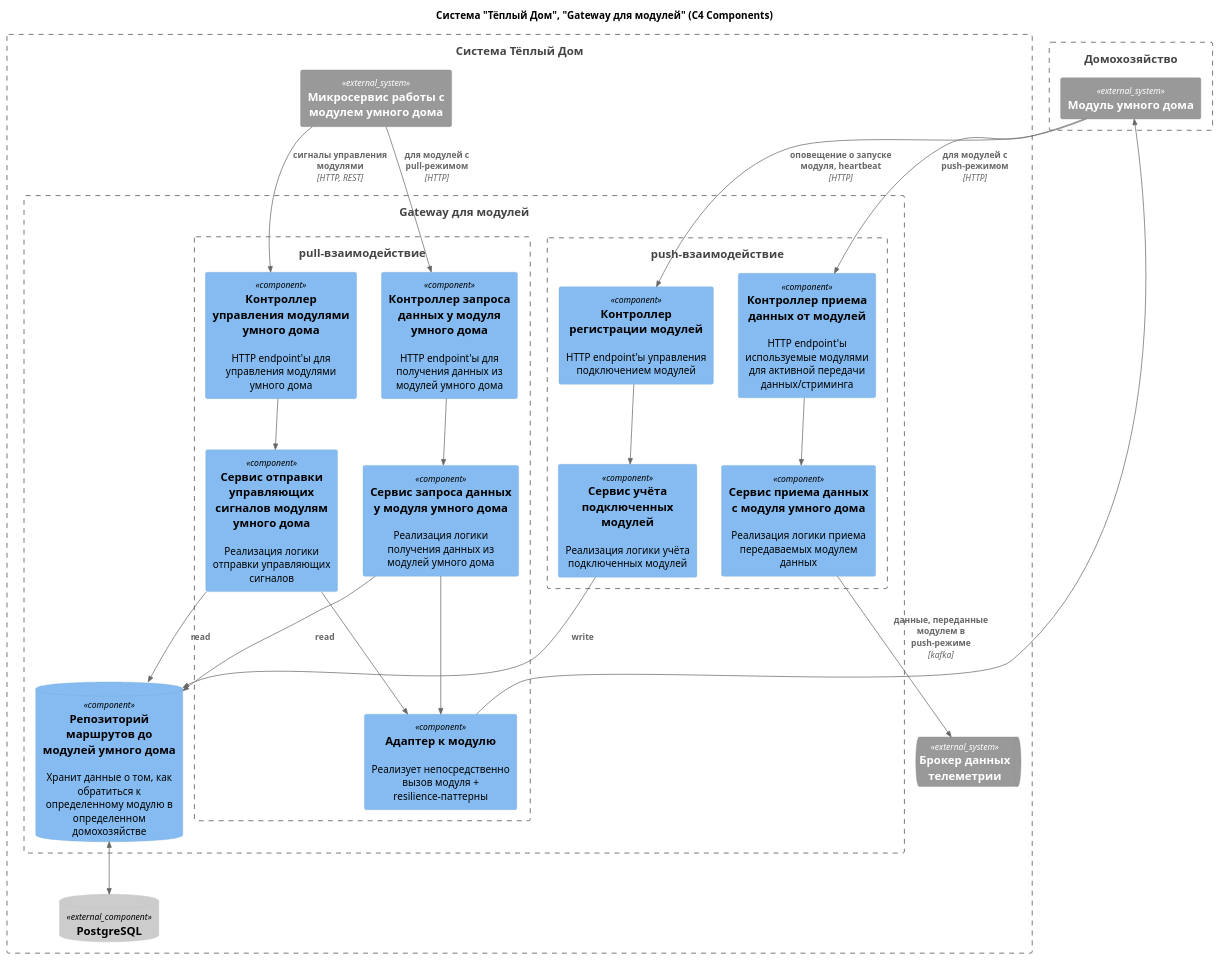
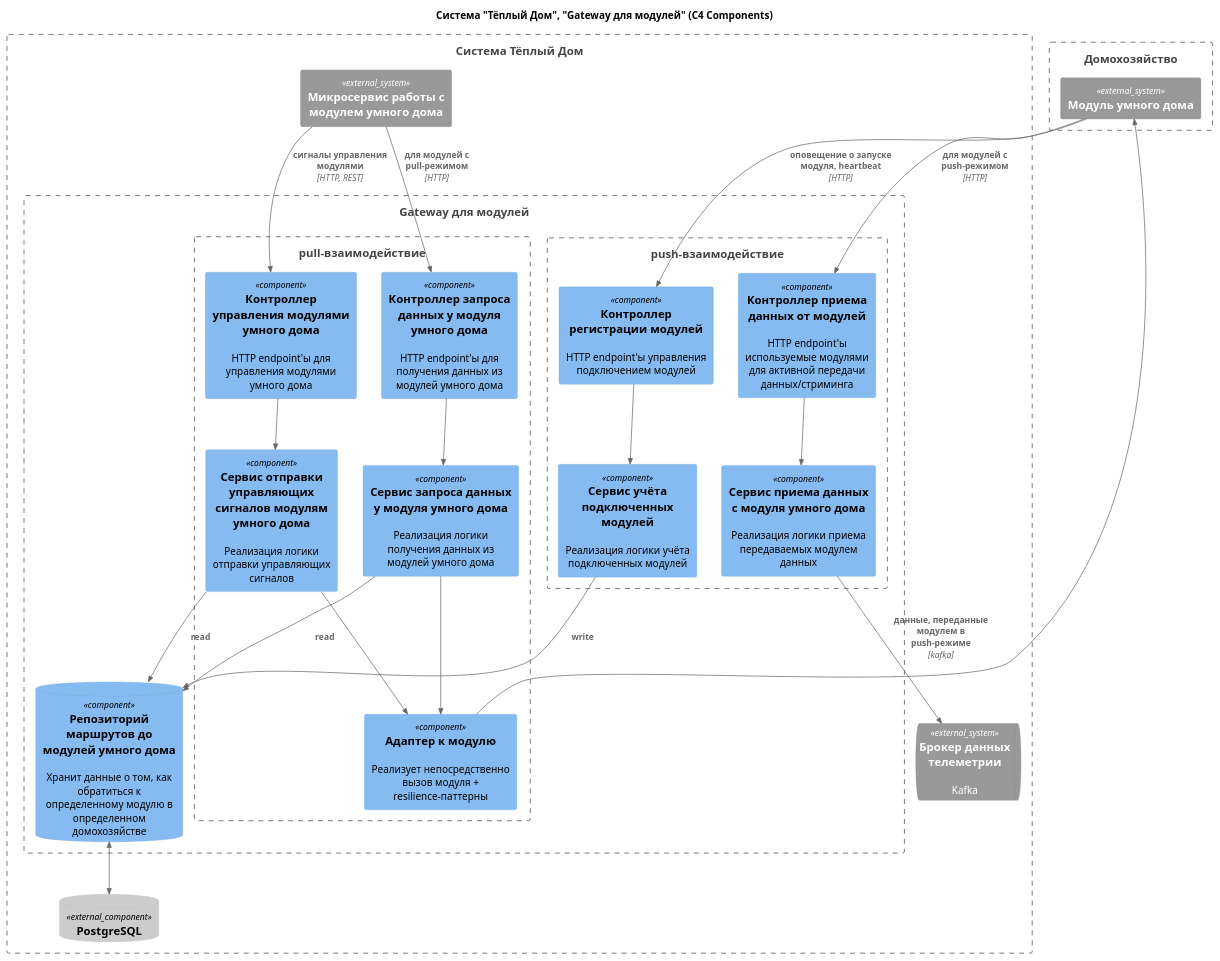
One commit to kalach77rus/warmhouse changed the diagram in schemas/components/WarmHouse_Components_gateway.puml. Above: the diagram before and after it, drawn with PlantUML. The commit also changed 2 other files, not shown here.

```diff
--- a/schemas/components/WarmHouse_Components_gateway.puml
+++ b/schemas/components/WarmHouse_Components_gateway.puml
@@ -1,55 +1,55 @@
 @startuml warmhouse containers diagram
 !include ../assets/C4_templates/C4_Component.puml
 
 title Система "Тёплый Дом", "Gateway для модулей" (C4 Components)
 
 Boundary(main_system, "Система Тёплый Дом") {
     Boundary(service, "Gateway для модулей") {
         Boundary(pull_part, "pull-взаимодействие") {
             Component(command_srv, "Сервис отправки управляющих сигналов модулям умного дома", "", "Реализация логики отправки управляющих сигналов")
             Component(module_adapter, "Адаптер к модулю", "", "Реализует непосредственно вызов модуля + resilience-паттерны")
             Component(control_sig_ctrl, "Контроллер управления модулями умного дома", "", "HTTP endpoint'ы для управления модулями умного дома")
             Component(pull_data_ctrl, "Контроллер запроса данных у модуля умного дома", "", "HTTP endpoint'ы для получения данных из модулей умного дома")
             Component(pull_data_srv, "Сервис запроса данных у модуля умного дома", "", "Реализация логики получения данных из модулей умного дома")
         }
         Boundary(push_part, "push-взаимодействие") {
             Component(active_gather_ctrl, "Контроллер приема данных от модулей", "", "HTTP endpoint'ы используемые модулями для активной передачи данных/стриминга")
             Component(query_srv, "Сервис приема данных с модуля умного дома", "", "Реализация логики приема передаваемых модулем данных")
             Component(register_ctrl, "Контроллер регистрации модулей", "", "HTTP endpoint'ы управления подключением модулей")
             Component(modules_reg_srv, "Сервис учёта подключенных модулей", "", "Реализация логики учёта подключенных модулей")
         }
 
         ComponentDb(routing_srv, "Репозиторий маршрутов до модулей умного дома", "", "Хранит данные о том, как обратиться к определенному модулю в определенном домохозяйстве")
     }
 
     ComponentDb_Ext(pgdb, "PostgreSQL", "", "")
     System_Ext(module_srv, "Микросервис работы с модулем умного дома", "", "")
-    SystemQueue_Ext(data_broker, "Брокер данных телеметрии", "", "")
+    SystemQueue_Ext(data_broker, "Брокер данных телеметрии", "Kafka", "")
 
 }
 
 Boundary(home, "Домохозяйство") {
     System_Ext(module, "Модуль умного дома", "")
 }
 
 Rel(module, register_ctrl, "оповещение о запуске модуля, heartbeat", "HTTP")
 Rel(module, active_gather_ctrl, "для модулей с push-режимом", "HTTP")
 Rel(control_sig_ctrl, command_srv, "")
 Rel(active_gather_ctrl, query_srv, "")
 Rel(register_ctrl, modules_reg_srv, "")
 Rel(module_srv, pull_data_ctrl, "для модулей с pull-режимом", "HTTP")
 Rel(pull_data_ctrl, pull_data_srv, "")
 Rel(pull_data_srv, module_adapter, "")
 
 Rel(module_adapter, module, "")
 Rel(module_srv, control_sig_ctrl, "сигналы управления модулями", "HTTP, REST")
 Rel(query_srv, data_broker, "данные, переданные модулем в push-режиме", "kafka")
 
 Rel(command_srv, module_adapter, "")
 Rel(modules_reg_srv, routing_srv, "write")
 Rel(command_srv, routing_srv, "read")
 Rel(pull_data_srv, routing_srv, "read")
 BiRel_D(routing_srv, pgdb, "")
 
 
 @enduml
```
